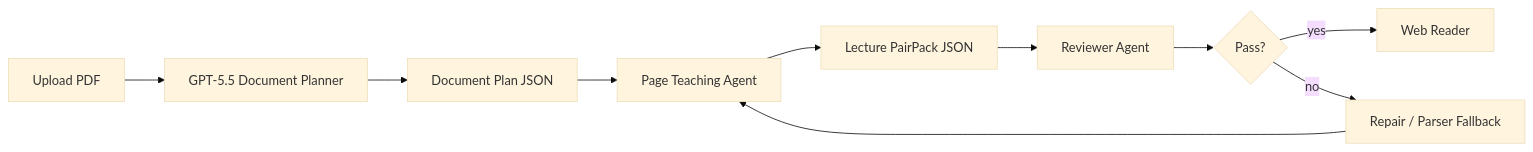
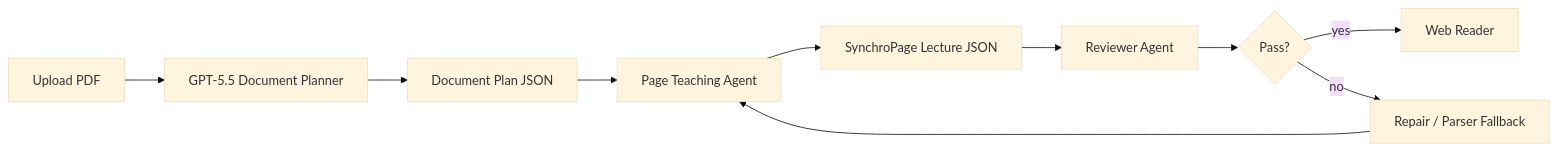
One commit to HarryFang30/SynchroPage changed the first of 2 diagrams in docs/decisions/recommended-solution.md. Above: the diagram before and after it, drawn with Mermaid (base theme). The commit also changed other lines of this file and 30 other files, not shown here.

Commit message:
rename internal namespaces to SynchroPage

````diff
--- a/docs/decisions/recommended-solution.md
+++ b/docs/decisions/recommended-solution.md
@@ -21,12 +21,12 @@
 ```mermaid
 flowchart LR
     A["Upload PDF"] --> B["GPT-5.5 Document Planner"]
     B --> C["Document Plan JSON"]
     C --> D["Page Teaching Agent"]
-    D --> E["Lecture PairPack JSON"]
+    D --> E["SynchroPage Lecture JSON"]
     E --> F["Reviewer Agent"]
     F --> G{Pass?}
     G -- yes --> H["Web Reader"]
     G -- no --> I["Repair / Parser Fallback"]
     I --> D
 ```
````
